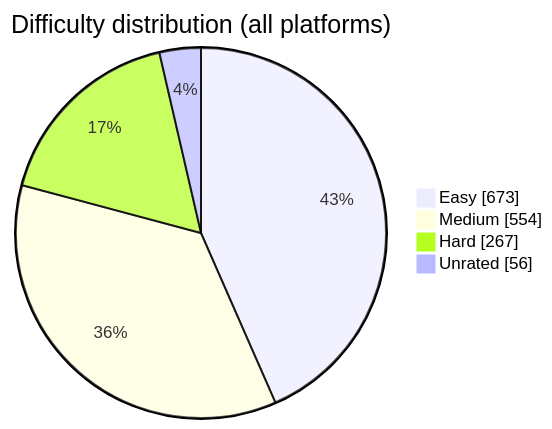
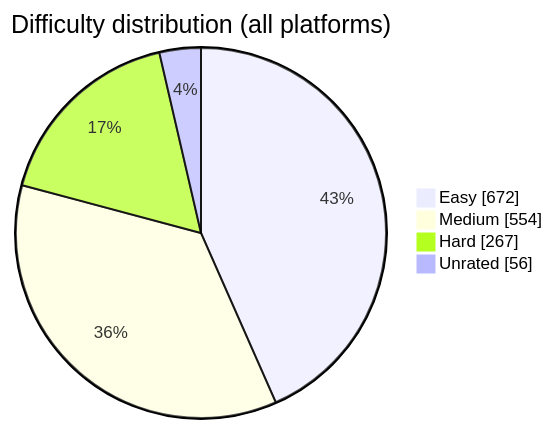
The diagram in README.md (BuildbyArindam/Daily-Coding-Log), drawn with Mermaid before and after one commit. The commit also changed other lines of this file, not shown here.

````diff
--- a/README.md
+++ b/README.md
@@ -93,7 +93,7 @@
 ```mermaid
 pie showData title Difficulty distribution (all platforms)
-    "Easy" : 673
+    "Easy" : 672
     "Medium" : 554
     "Hard" : 267
     "Unrated" : 56
 ```
````
